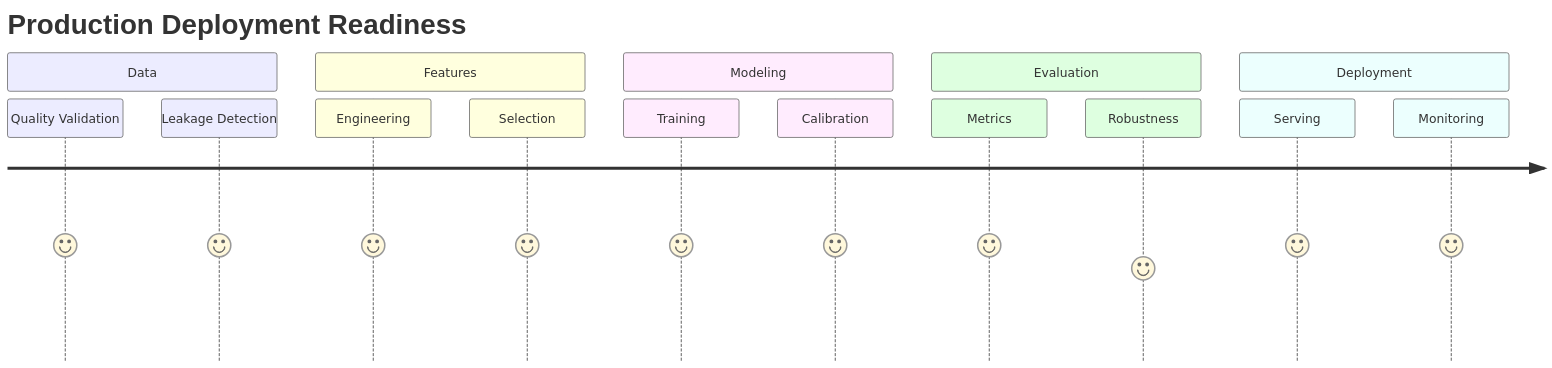
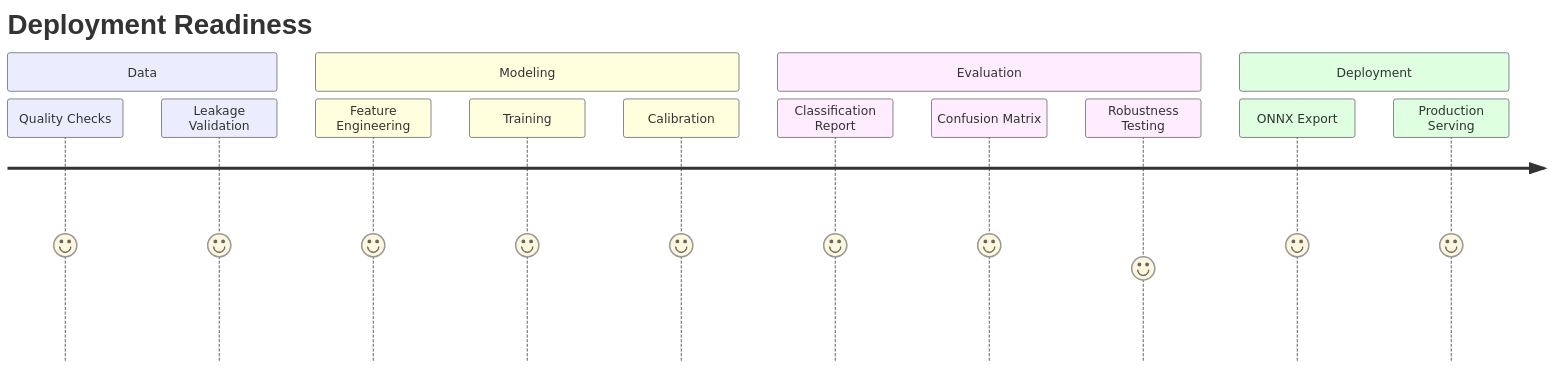
The eighth of 8 diagrams in Match_Prediction_Intelligence.md (sai-ganesh-4539/StatVault), drawn with Mermaid before and after one commit. The commit also changed other lines of this file, not shown here.

````diff
--- a/Match_Prediction_Intelligence.md
+++ b/Match_Prediction_Intelligence.md
@@ -417,30 +307,27 @@
 ```mermaid
 journey
 
-title Production Deployment Readiness
+title Deployment Readiness
 
 section Data
 
-Quality Validation: 5
-Leakage Detection: 5
-
-section Features
-
-Engineering: 5
-Selection: 5
+Quality Checks: 5
+Leakage Validation: 5
 
 section Modeling
 
+Feature Engineering: 5
 Training: 5
 Calibration: 5
 
 section Evaluation
 
-Metrics: 5
-Robustness: 4
+Classification Report: 5
+Confusion Matrix: 5
+Robustness Testing: 4
 
 section Deployment
 
-Serving: 5
-Monitoring: 5
+ONNX Export: 5
+Production Serving: 5
 ```
````
